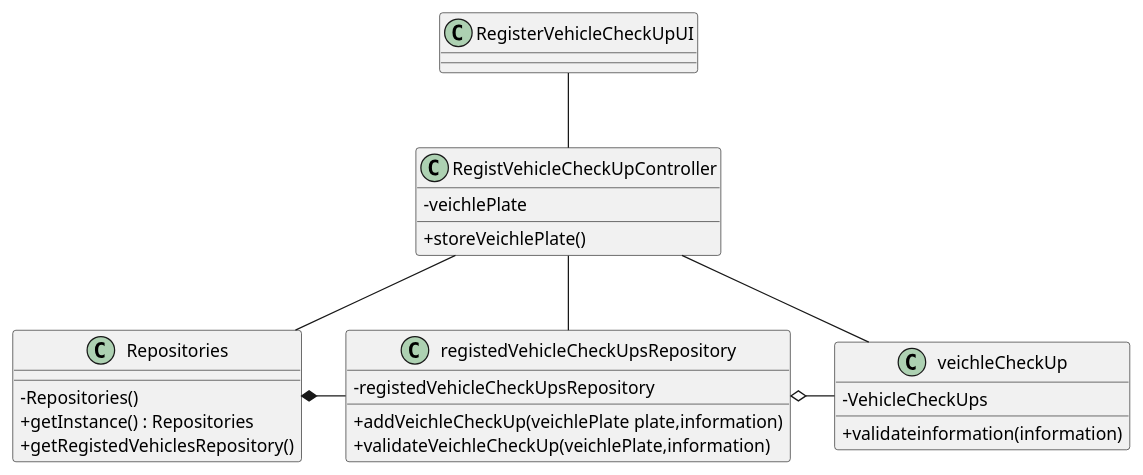
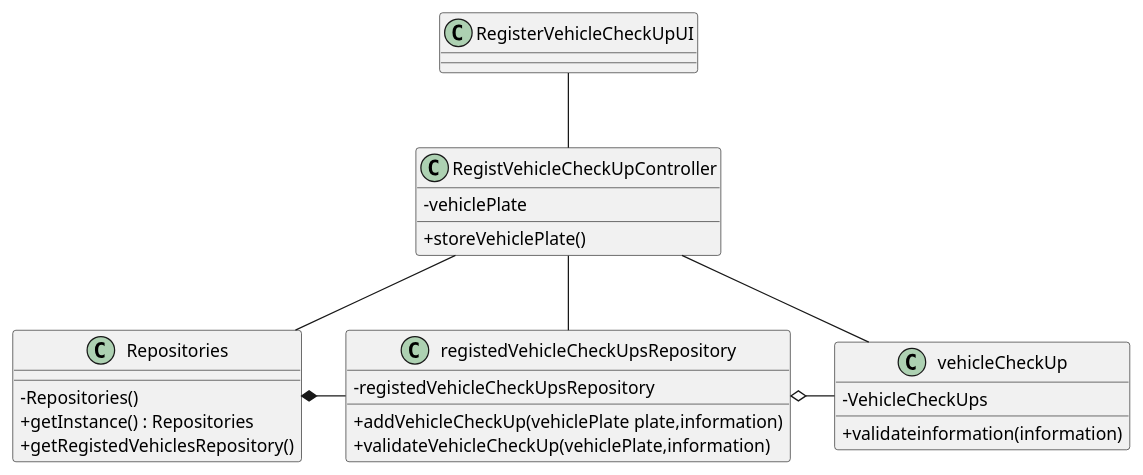
Before and after one commit to 1231360-ISEP/lei-24-s2-1db-g021: the diagram in docs/sprint2/us007/03.design/puml/us007-class-diagram.puml, drawn with PlantUML. The commit also changed 2 other files, not shown here.

```diff
--- a/docs/sprint2/us007/03.design/puml/us007-class-diagram.puml
+++ b/docs/sprint2/us007/03.design/puml/us007-class-diagram.puml
@@ -1,53 +1,53 @@
 @startuml
 'skinparam monochrome true
 skinparam packageStyle rectangle
 skinparam shadowing false
 skinparam linetype polyline
 'skinparam linetype orto
 
 skinparam classAttributeIconSize 0
 
 'left to right direction
 
 class RegisterVehicleCheckUpUI
 {
 
 }
 
 class RegistVehicleCheckUpController
 {
-    - veichlePlate
-    + storeVeichlePlate()
+    - vehiclePlate
+    + storeVehiclePlate()
 }
 
 class Repositories {
     - Repositories()
     + getInstance() : Repositories
     + getRegistedVehiclesRepository()
 }
 
 class registedVehicleCheckUpsRepository {
     - registedVehicleCheckUpsRepository
-    + addVeichleCheckUp(veichlePlate plate,information)
-    + validateVeichleCheckUp(veichlePlate,information)
+    + addVehicleCheckUp(vehiclePlate plate,information)
+    + validateVehicleCheckUp(vehiclePlate,information)
 }
 
 
-class veichleCheckUp {
+class vehicleCheckUp {
     - VehicleCheckUps
     + validateinformation(information)
 }
 
 RegisterVehicleCheckUpUI -- RegistVehicleCheckUpController
 
 RegistVehicleCheckUpController -- Repositories
 
 RegistVehicleCheckUpController -- registedVehicleCheckUpsRepository
 
-RegistVehicleCheckUpController -- veichleCheckUp
+RegistVehicleCheckUpController -- vehicleCheckUp
 
 Repositories *- registedVehicleCheckUpsRepository
 
-registedVehicleCheckUpsRepository o- veichleCheckUp
+registedVehicleCheckUpsRepository o- vehicleCheckUp
 
 @enduml
```
